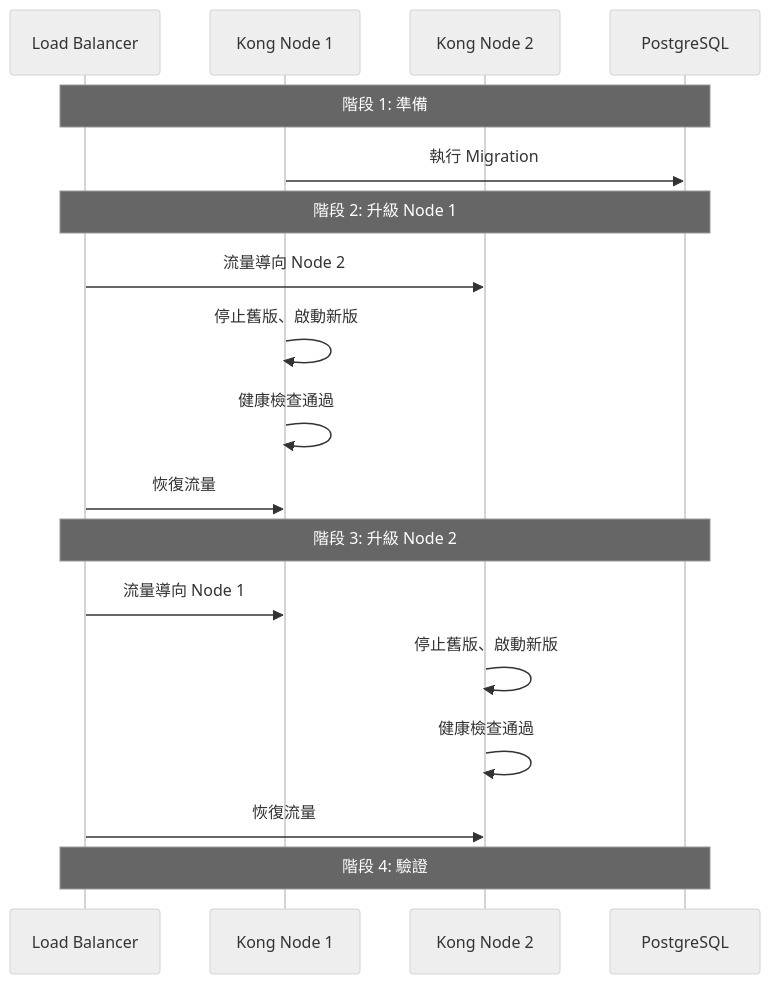
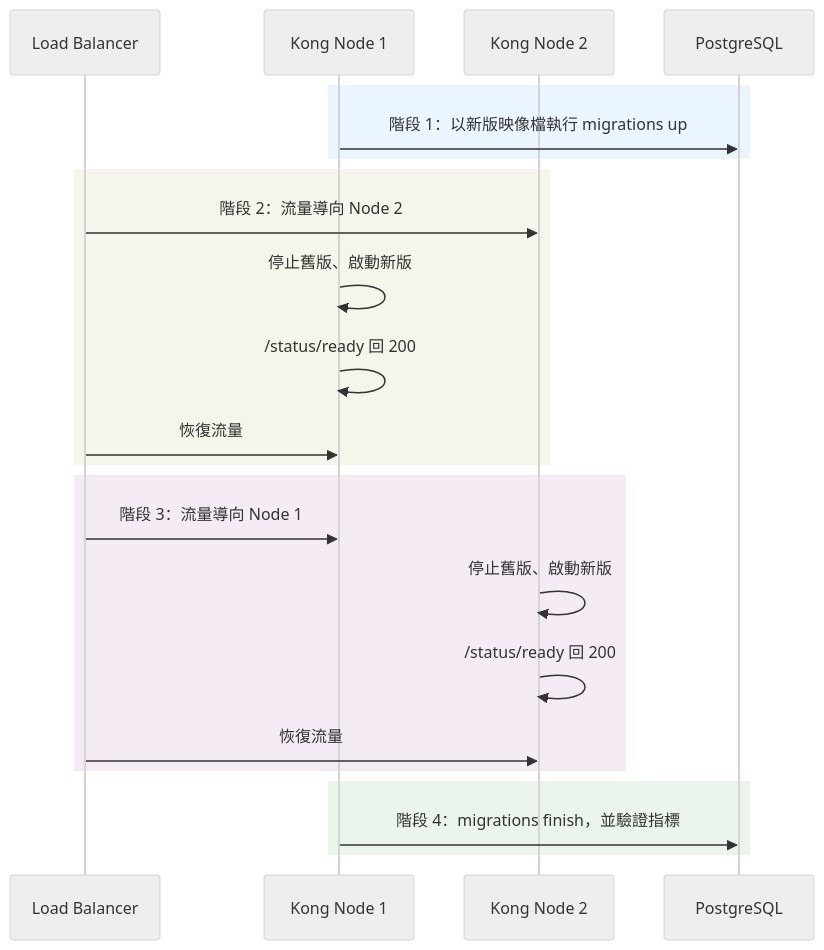
Before and after one commit to chihhung/Blog: diagram 18 of 22 in content/posts/教學/工具/Kong API Gateway教學手冊.md, drawn with Mermaid (neutral theme). The commit also changed other lines of this file and 10 other files, not shown here.

````diff
--- a/content/posts/教學/工具/Kong API Gateway教學手冊.md
+++ b/content/posts/教學/工具/Kong API Gateway教學手冊.md
@@ -1838,24 +3389,26 @@
 ```mermaid
 sequenceDiagram
     participant LB as Load Balancer
     participant Kong1 as Kong Node 1
     participant Kong2 as Kong Node 2
     participant DB as PostgreSQL
-    
-    Note over LB,DB: 階段 1: 準備
-    Kong1->>DB: 執行 Migration
-    
-    Note over LB,DB: 階段 2: 升級 Node 1
-    LB->>Kong2: 流量導向 Node 2
-    Kong1->>Kong1: 停止舊版、啟動新版
-    Kong1->>Kong1: 健康檢查通過
-    LB->>Kong1: 恢復流量
-    
-    Note over LB,DB: 階段 3: 升級 Node 2
-    LB->>Kong1: 流量導向 Node 1
-    Kong2->>Kong2: 停止舊版、啟動新版
-    Kong2->>Kong2: 健康檢查通過
-    LB->>Kong2: 恢復流量
-    
-    Note over LB,DB: 階段 4: 驗證
+
+    rect rgb(235, 245, 255)
+        Kong1->>DB: 階段 1：以新版映像檔執行 migrations up
+    end
+    rect rgb(245, 245, 235)
+        LB->>Kong2: 階段 2：流量導向 Node 2
+        Kong1->>Kong1: 停止舊版、啟動新版
+        Kong1->>Kong1: /status/ready 回 200
+        LB->>Kong1: 恢復流量
+    end
+    rect rgb(245, 235, 245)
+        LB->>Kong1: 階段 3：流量導向 Node 1
+        Kong2->>Kong2: 停止舊版、啟動新版
+        Kong2->>Kong2: /status/ready 回 200
+        LB->>Kong2: 恢復流量
+    end
+    rect rgb(235, 245, 235)
+        Kong1->>DB: 階段 4：migrations finish，並驗證指標
+    end
 ```
````
